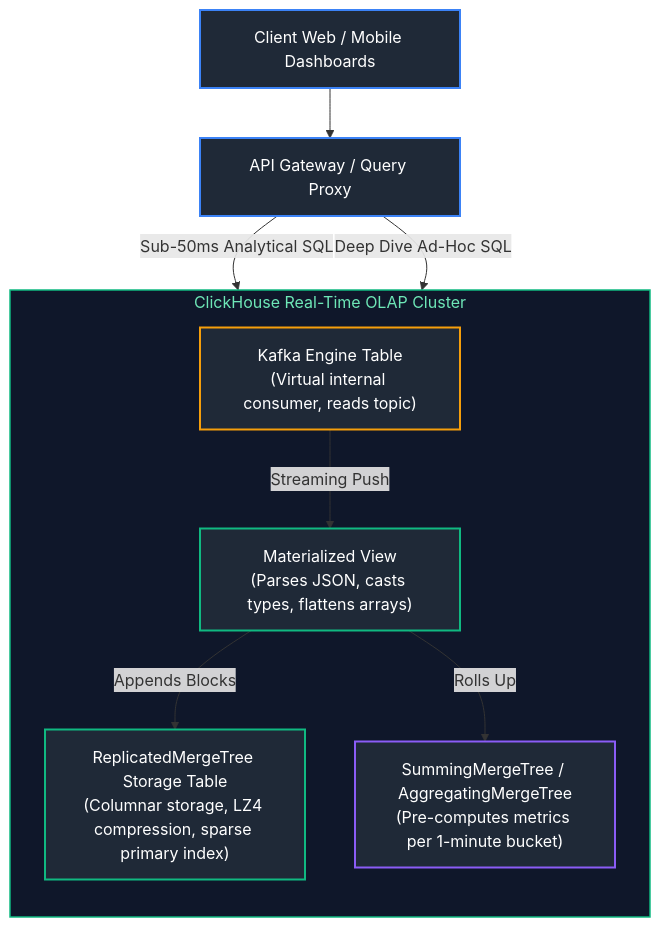
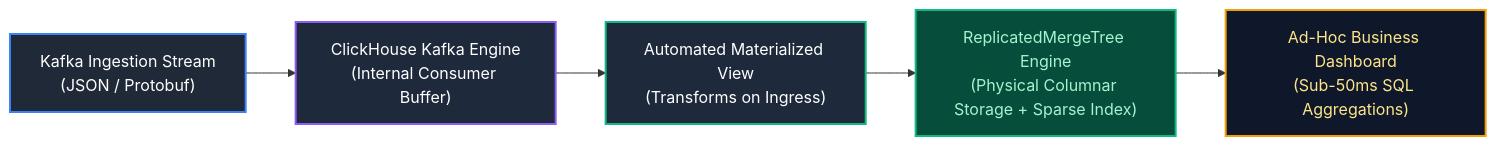
Before and after one commit to joydeep-biswas/Interview-Preparation: the seventh of 12 diagrams in Data Engineering/15_system_design_for_data_engineering.md, drawn with Mermaid. The commit also changed other lines of this file and 143 other files, not shown here.

````diff
--- a/Data Engineering/15_system_design_for_data_engineering.md
+++ b/Data Engineering/15_system_design_for_data_engineering.md
@@ -492,27 +504,13 @@
 ```mermaid
-flowchart TD
-    AppClients[Client Web / Mobile Dashboards] --> APIEdge[API Gateway / Query Proxy]
+flowchart LR
+    Kafka["Kafka Ingestion Stream<br/>(JSON / Protobuf)"] --> Engine["ClickHouse Kafka Engine<br/>(Internal Consumer Buffer)"]
+    Engine --> MV["Automated Materialized View<br/>(Transforms on Ingress)"]
+    MV --> Storage["ReplicatedMergeTree Engine<br/>(Physical Columnar Storage + Sparse Index)"]
+    Storage --> Query["Ad-Hoc Business Dashboard<br/>(Sub-50ms SQL Aggregations)"]
 
-    subgraph ClickHouseCluster ["ClickHouse Real-Time OLAP Cluster"]
-        direction TB
-        KafkaTable["Kafka Engine Table<br/>(Virtual internal consumer, reads topic)"]
-        MV["Materialized View<br/>(Parses JSON, casts types, flattens arrays)"]
-        StorageTable["ReplicatedMergeTree Storage Table<br/>(Columnar storage, LZ4 compression, sparse primary index)"]
-        AggView["SummingMergeTree / AggregatingMergeTree<br/>(Pre-computes metrics per 1-minute bucket)"]
-
-        KafkaTable -->|"Streaming Push"| MV
-        MV -->|"Appends Blocks"| StorageTable
-        MV -->|"Rolls Up"| AggView
-    end
-
-    APIEdge -->|"Sub-50ms Analytical SQL"| AggView
-    APIEdge -->|"Deep Dive Ad-Hoc SQL"| StorageTable
-
-    style ClickHouseCluster fill:#0f172a,stroke:#10b981,stroke-width:1.5px,color:#6ee7b7
-    style AppClients fill:#1f2937,stroke:#3b82f6,stroke-width:2px,color:#fff
-    style APIEdge fill:#1f2937,stroke:#3b82f6,stroke-width:2px,color:#fff
-    style KafkaTable fill:#1f2937,stroke:#f59e0b,stroke-width:2px,color:#fff
-    style MV fill:#1f2937,stroke:#10b981,stroke-width:2px,color:#fff
-    style StorageTable fill:#1f2937,stroke:#10b981,stroke-width:2px,color:#fff
-    style AggView fill:#1f2937,stroke:#8b5cf6,stroke-width:2px,color:#fff
+    style Kafka fill:#1f2937,stroke:#3b82f6,stroke-width:2px,color:#fff
+    style Engine fill:#1e293b,stroke:#8b5cf6,stroke-width:2px,color:#fff
+    style MV fill:#1e293b,stroke:#10b981,stroke-width:2px,color:#fff
+    style Storage fill:#064e3b,stroke:#10b981,stroke-width:2px,color:#a7f3d0
+    style Query fill:#0f172a,stroke:#f59e0b,stroke-width:2px,color:#fde68a
 ```
````
